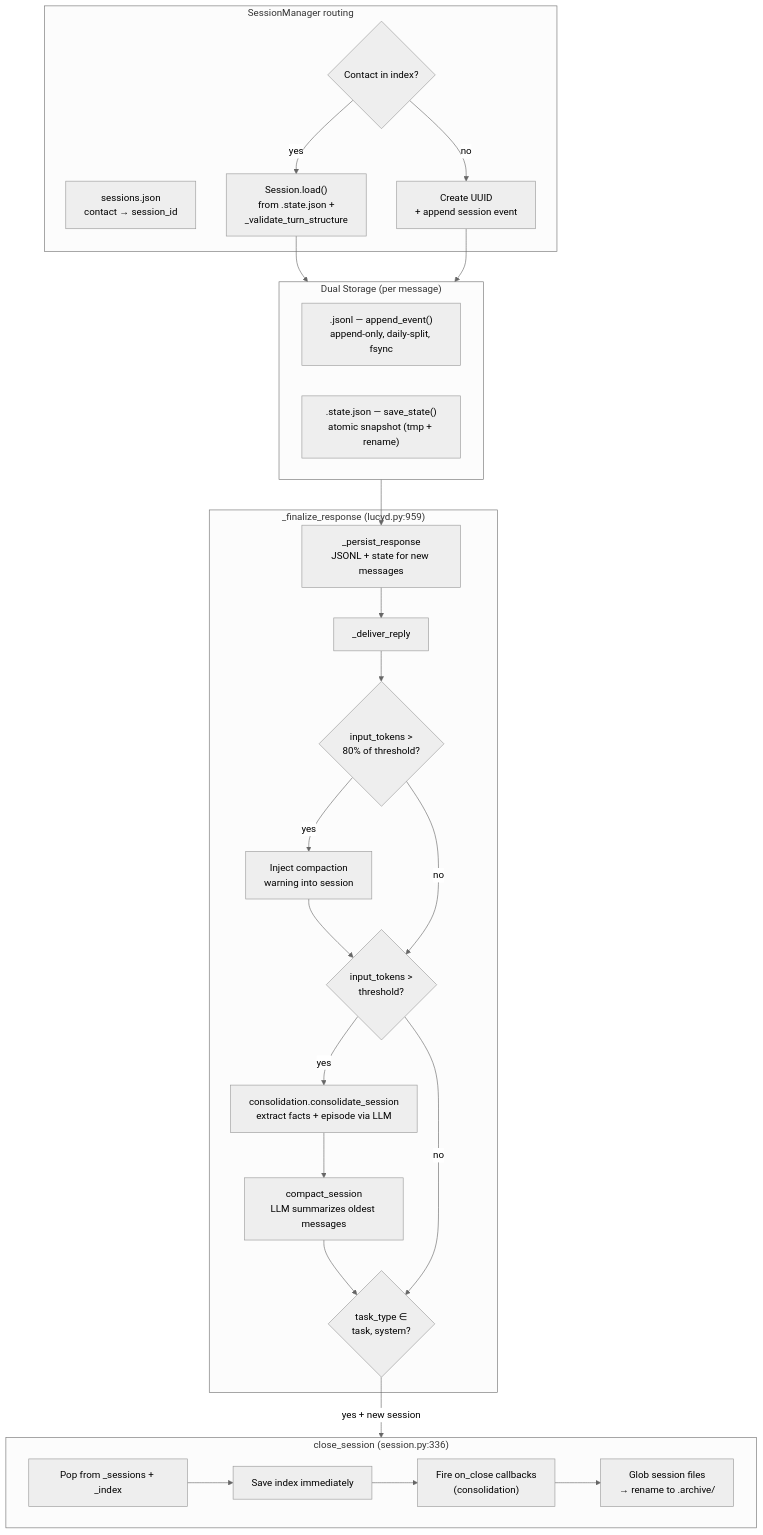
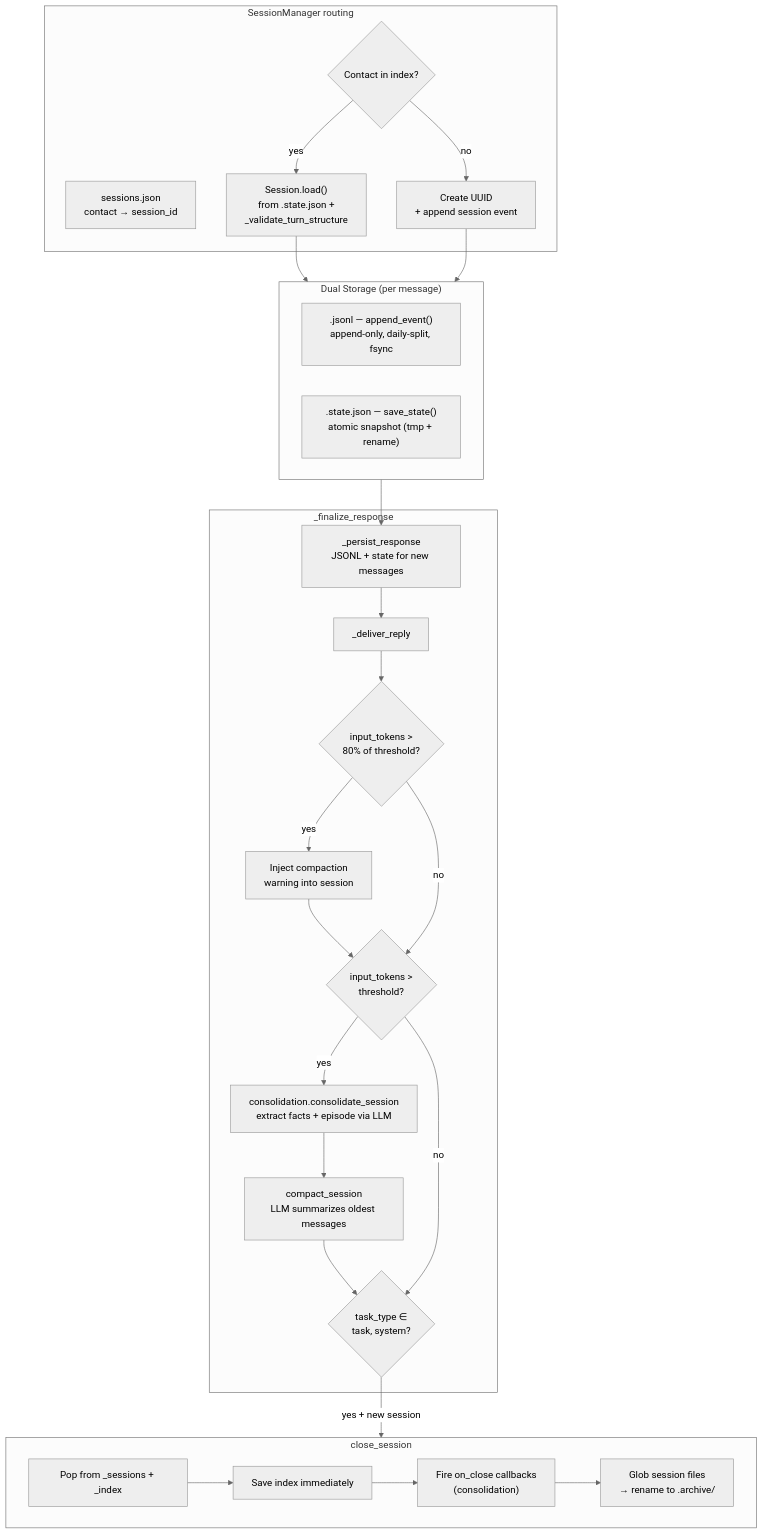
One commit to nicolasforstinger/lucyd changed the sixth of 10 diagrams in docs/diagrams.md. Above: the diagram before and after it, drawn with Mermaid (neutral theme). The commit also changed other lines of this file and 43 other files, not shown here.

````diff
--- a/docs/diagrams.md
+++ b/docs/diagrams.md
@@ -403,44 +401,44 @@
 ```mermaid
 flowchart TD
     subgraph Routing["SessionManager routing"]
         INDEX["sessions.json<br/>contact → session_id"]
         LOOKUP{"Contact in index?"}
         LOAD["Session.load()<br/>from .state.json +<br/>_validate_turn_structure"]
         NEW["Create UUID<br/>+ append session event"]
     end
 
     subgraph Storage["Dual Storage (per message)"]
         JSONL[".jsonl — append_event()<br/>append-only, daily-split, fsync"]
         STATE[".state.json — save_state()<br/>atomic snapshot (tmp + rename)"]
     end
 
-    subgraph Finalize["_finalize_response (lucyd.py:959)"]
+    subgraph Finalize["_finalize_response"]
         PERSIST["_persist_response<br/>JSONL + state for new messages"]
         DELIVER["_deliver_reply"]
         WARN_CHECK{"input_tokens ><br/>80% of threshold?"}
         WARN["Inject compaction<br/>warning into session"]
         COMPACT_CHECK{"input_tokens ><br/>threshold?"}
         CONSOLIDATE["consolidation.consolidate_session<br/>extract facts + episode via LLM"]
         COMPACT["compact_session<br/>LLM summarizes oldest messages"]
         AUTOCLOSE{"task_type ∈<br/>task, system?"}
     end
 
-    subgraph Close["close_session (session.py:336)"]
+    subgraph Close["close_session"]
         POP["Pop from _sessions + _index"]
         SAVE_IDX["Save index immediately"]
         CALLBACKS["Fire on_close callbacks<br/>(consolidation)"]
         ARCHIVE["Glob session files<br/>→ rename to .archive/"]
     end
 
     LOOKUP -->|yes| LOAD
     LOOKUP -->|no| NEW
     LOAD --> Storage
     NEW --> Storage
     Storage --> PERSIST --> DELIVER --> WARN_CHECK
     WARN_CHECK -->|yes| WARN --> COMPACT_CHECK
     WARN_CHECK -->|no| COMPACT_CHECK
     COMPACT_CHECK -->|yes| CONSOLIDATE --> COMPACT --> AUTOCLOSE
     COMPACT_CHECK -->|no| AUTOCLOSE
     AUTOCLOSE -->|"yes + new session"| Close
     POP --> SAVE_IDX --> CALLBACKS --> ARCHIVE
 ```
````
